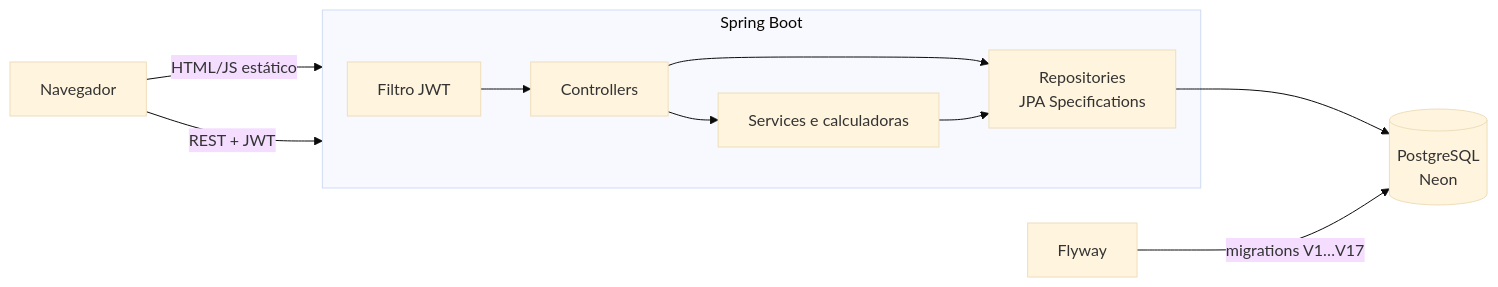
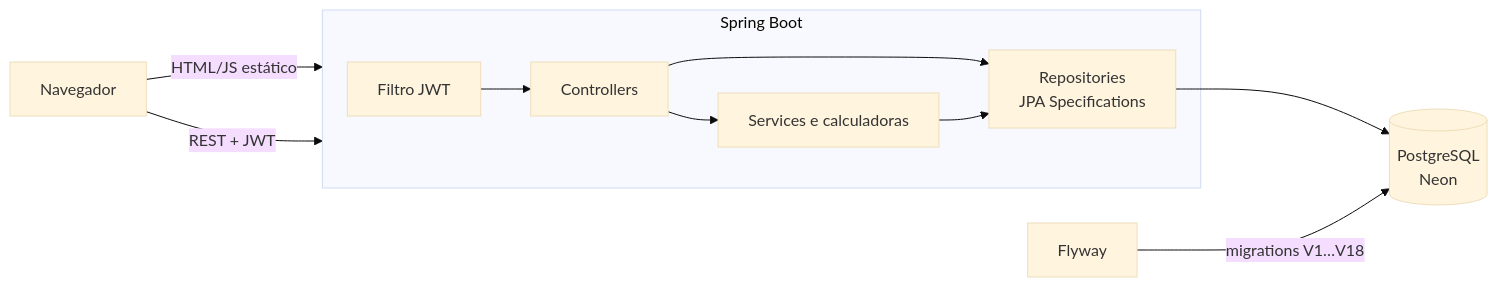
The first of 3 diagrams in README.md (gustavoromanno/concursos-platform), drawn with Mermaid (base theme) before and after one commit. The commit also changed other lines of this file and 9 other files, not shown here.

````diff
--- a/README.md
+++ b/README.md
@@ -79,13 +82,13 @@
 ```mermaid
 flowchart LR
     U[Navegador] -->|HTML/JS estático| S
     U -->|REST + JWT| S
     subgraph S[Spring Boot]
         F[Filtro JWT] --> C[Controllers]
         C --> SV[Services e calculadoras]
         C --> R[Repositories<br/>JPA Specifications]
         SV --> R
     end
     R --> DB[(PostgreSQL<br/>Neon)]
-    FW[Flyway] -->|migrations V1…V17| DB
+    FW[Flyway] -->|migrations V1…V18| DB
 ```
````
